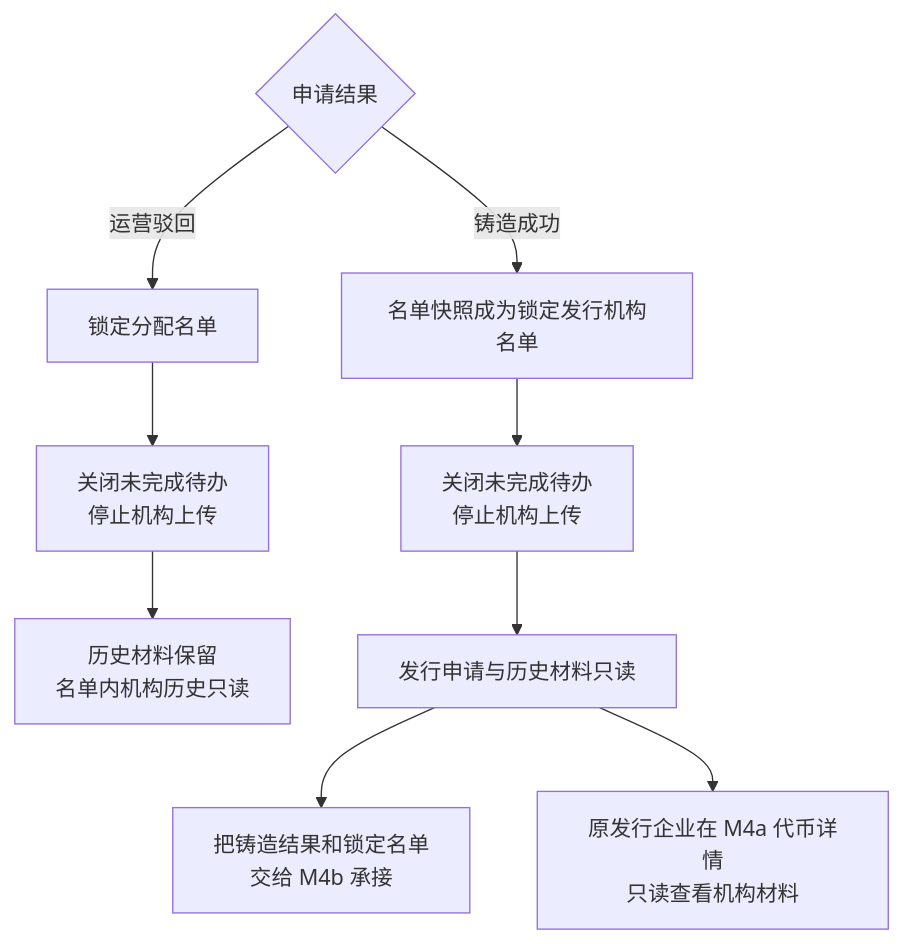
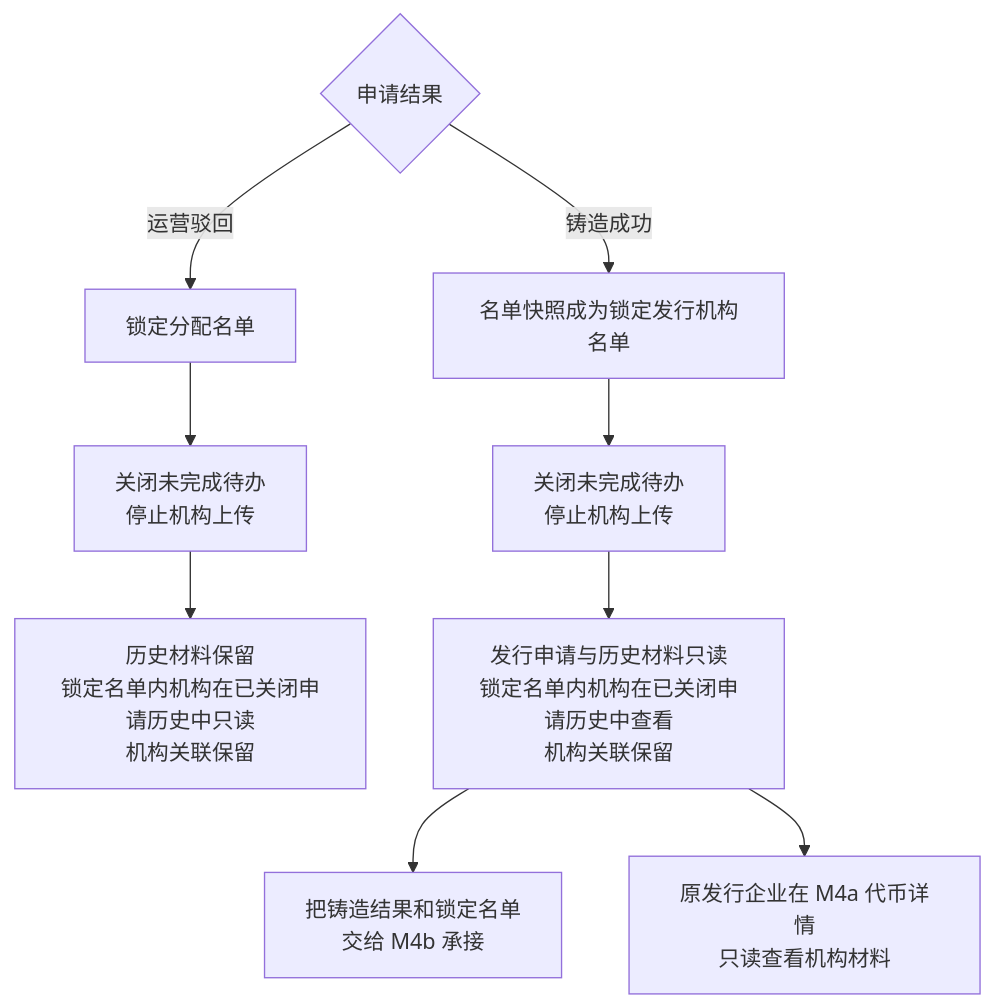
One commit to wxblockchain/Chain-Financing changed the third of 5 diagrams in token-issuance-platform/PRD/管理端/M3b-代币发行-审核与铸造/02-代币发行-审核与铸造-流程图与状态机.md. Above: the diagram before and after it, drawn with Mermaid. The commit also changed other lines of this file and 35 other files, not shown here.

````diff
--- a/token-issuance-platform/PRD/管理端/M3b-代币发行-审核与铸造/02-代币发行-审核与铸造-流程图与状态机.md
+++ b/token-issuance-platform/PRD/管理端/M3b-代币发行-审核与铸造/02-代币发行-审核与铸造-流程图与状态机.md
@@ -83,11 +91,11 @@
 ```mermaid
 flowchart TD
     A{申请结果} -->|运营驳回| B[锁定分配名单]
     B --> C[关闭未完成待办<br/>停止机构上传]
-    C --> D[历史材料保留<br/>名单内机构历史只读]
+    C --> D[历史材料保留<br/>锁定名单内机构在已关闭申请历史中只读<br/>机构关联保留]
     A -->|铸造成功| E[名单快照成为锁定发行机构名单]
     E --> F[关闭未完成待办<br/>停止机构上传]
-    F --> G[发行申请与历史材料只读]
+    F --> G[发行申请与历史材料只读<br/>锁定名单内机构在已关闭申请历史中查看<br/>机构关联保留]
     G --> H[把铸造结果和锁定名单<br/>交给 M4b 承接]
     G --> I[原发行企业在 M4a 代币详情<br/>只读查看机构材料]
 ```
````
